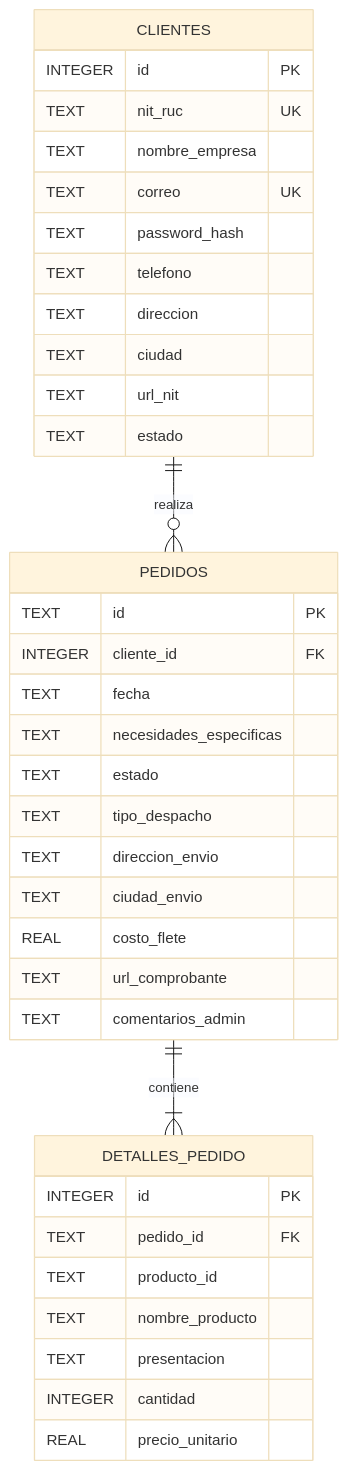
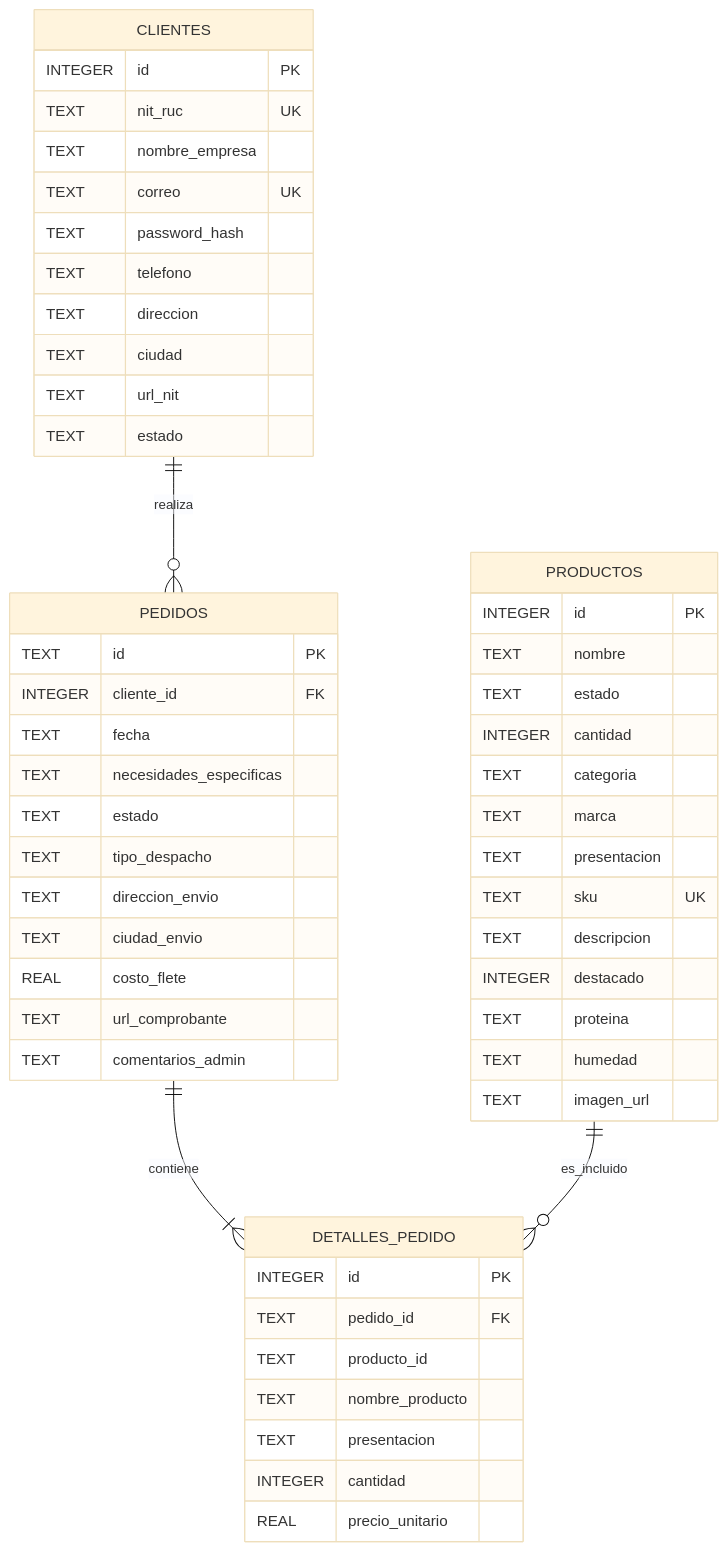
The diagram in backend/README.md (ZorayaF/disnal-au), drawn with Mermaid (base theme) before and after one commit. The commit also changed 39 other files, not shown here.

````diff
--- a/backend/README.md
+++ b/backend/README.md
@@ -158,43 +158,60 @@
 ```mermaid
 erDiagram
     CLIENTES ||--o{ PEDIDOS : "realiza"
     PEDIDOS ||--|{ DETALLES_PEDIDO : "contiene"
+    PRODUCTOS ||--o{ DETALLES_PEDIDO : "es_incluido"
 
     CLIENTES {
         INTEGER id PK
         TEXT nit_ruc UK
         TEXT nombre_empresa
         TEXT correo UK
         TEXT password_hash
         TEXT telefono
         TEXT direccion
         TEXT ciudad
         TEXT url_nit
         TEXT estado
     }
 
     PEDIDOS {
         TEXT id PK
         INTEGER cliente_id FK
         TEXT fecha
         TEXT necesidades_especificas
         TEXT estado
         TEXT tipo_despacho
         TEXT direccion_envio
         TEXT ciudad_envio
         REAL costo_flete
         TEXT url_comprobante
         TEXT comentarios_admin
     }
 
     DETALLES_PEDIDO {
         INTEGER id PK
         TEXT pedido_id FK
         TEXT producto_id
         TEXT nombre_producto
         TEXT presentacion
         INTEGER cantidad
         REAL precio_unitario
     }
 
+    PRODUCTOS {
+        INTEGER id PK
+        TEXT nombre
+        TEXT estado
+        INTEGER cantidad
+        TEXT categoria
+        TEXT marca
+        TEXT presentacion
+        TEXT sku UK
+        TEXT descripcion
+        INTEGER destacado
+        TEXT proteina
+        TEXT humedad
+        TEXT imagen_url
+    }
+
 ```
````
